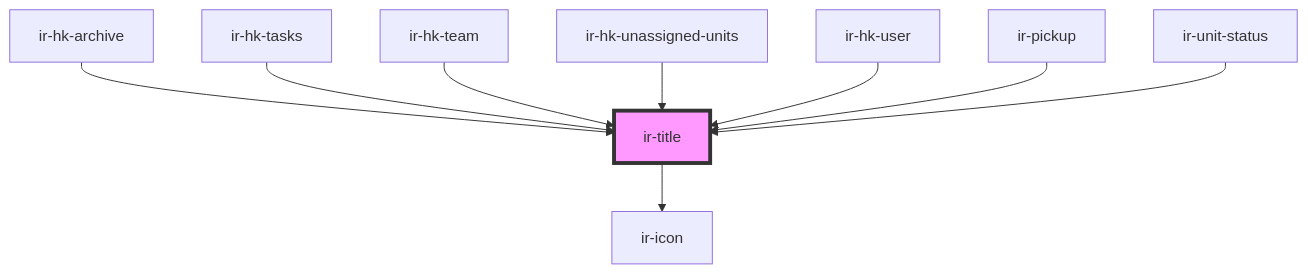
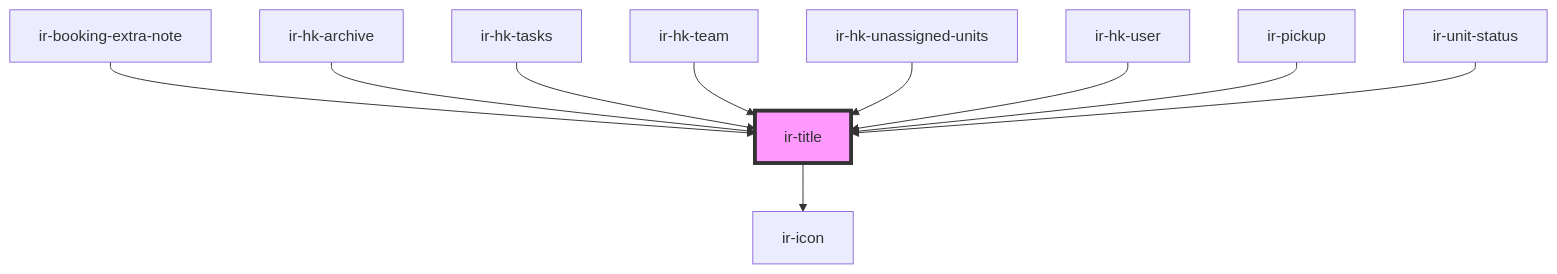
One commit to David1Chowaifaty/modified-ir-webcmp changed the diagram in src/components/ir-title/readme.md. Above: the diagram before and after it, drawn with Mermaid. The commit also changed other lines of this file and 36 other files, not shown here.

````diff
--- a/src/components/ir-title/readme.md
+++ b/src/components/ir-title/readme.md
@@ -41,12 +42,13 @@
 ```mermaid
 graph TD;
   ir-title --> ir-icon
+  ir-booking-extra-note --> ir-title
   ir-hk-archive --> ir-title
   ir-hk-tasks --> ir-title
   ir-hk-team --> ir-title
   ir-hk-unassigned-units --> ir-title
   ir-hk-user --> ir-title
   ir-pickup --> ir-title
   ir-unit-status --> ir-title
   style ir-title fill:#f9f,stroke:#333,stroke-width:4px
 ```
````
